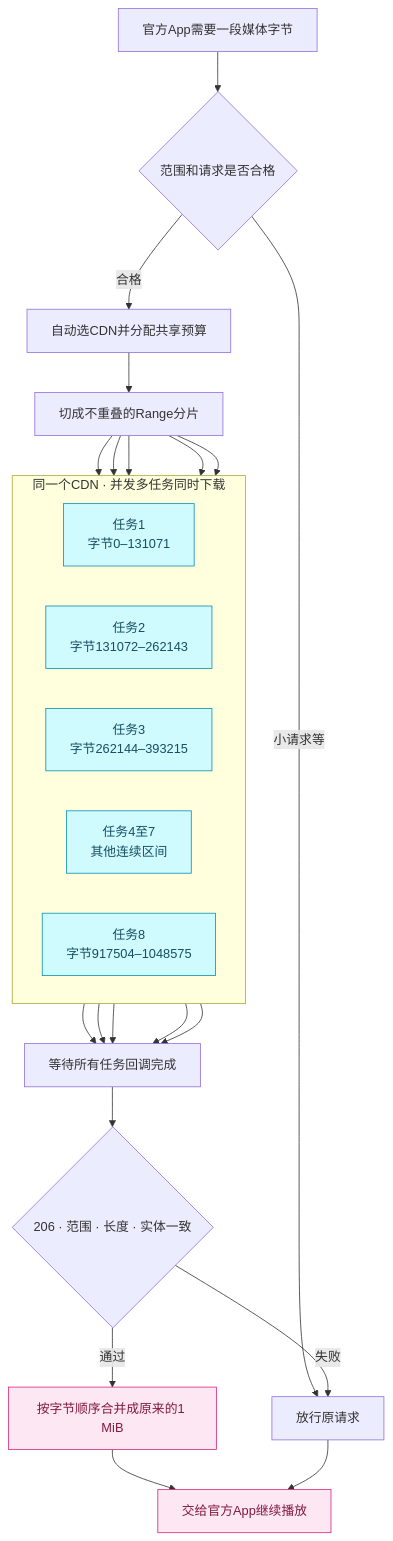
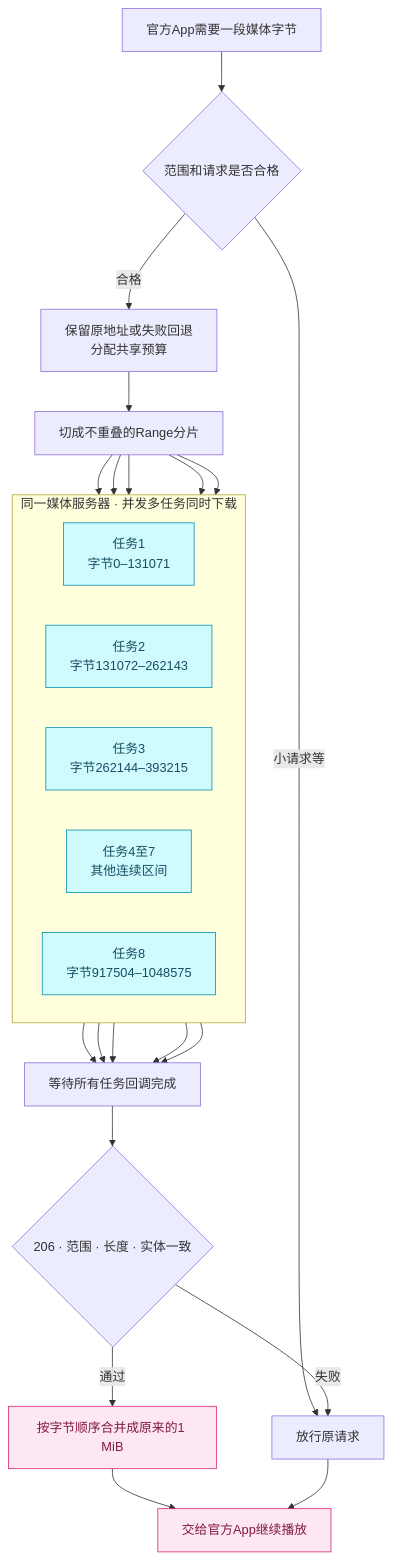
One commit to aijc123/Bilibili-Redirect-US changed the diagram in README.md. Above: the diagram before and after it, drawn with Mermaid. The commit also changed other lines of this file and 31 other files, not shown here.

````diff
--- a/README.md
+++ b/README.md
@@ -71,26 +71,26 @@
 ```mermaid
 flowchart TD
   A[官方App需要一段媒体字节] --> B{范围和请求是否合格}
   B -->|小请求等| O[放行原请求]
-  B -->|合格| D[自动选CDN并分配共享预算]
+  B -->|合格| D[保留原地址或失败回退<br/>分配共享预算]
   D --> S[切成不重叠的Range分片]
-  subgraph P[同一个CDN · 并发多任务同时下载]
+  subgraph P[同一媒体服务器 · 并发多任务同时下载]
     direction LR
     T1[任务1<br/>字节0–131071]
     T2[任务2<br/>字节131072–262143]
     T3[任务3<br/>字节262144–393215]
     TN[任务4至7<br/>其他连续区间]
     T8[任务8<br/>字节917504–1048575]
   end
   S --> T1 & T2 & T3 & TN & T8
   T1 & T2 & T3 & TN & T8 --> W[等待所有任务回调完成]
   W --> V{206 · 范围 · 长度 · 实体一致}
   V -->|通过| J[按字节顺序合并成原来的1 MiB]
   V -->|失败| O
   J --> R[交给官方App继续播放]
   O --> R
   classDef parallel fill:#cffafe,stroke:#0891b2,color:#164e63
   classDef merge fill:#fce7f3,stroke:#db2777,color:#831843
   class T1,T2,T3,TN,T8 parallel
   class J,R merge
 ```
````
